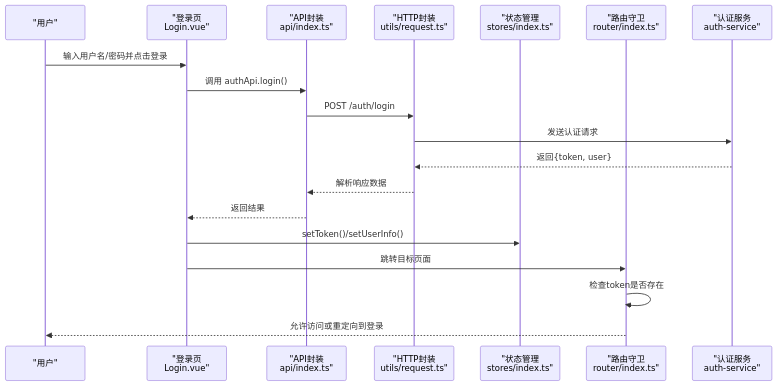
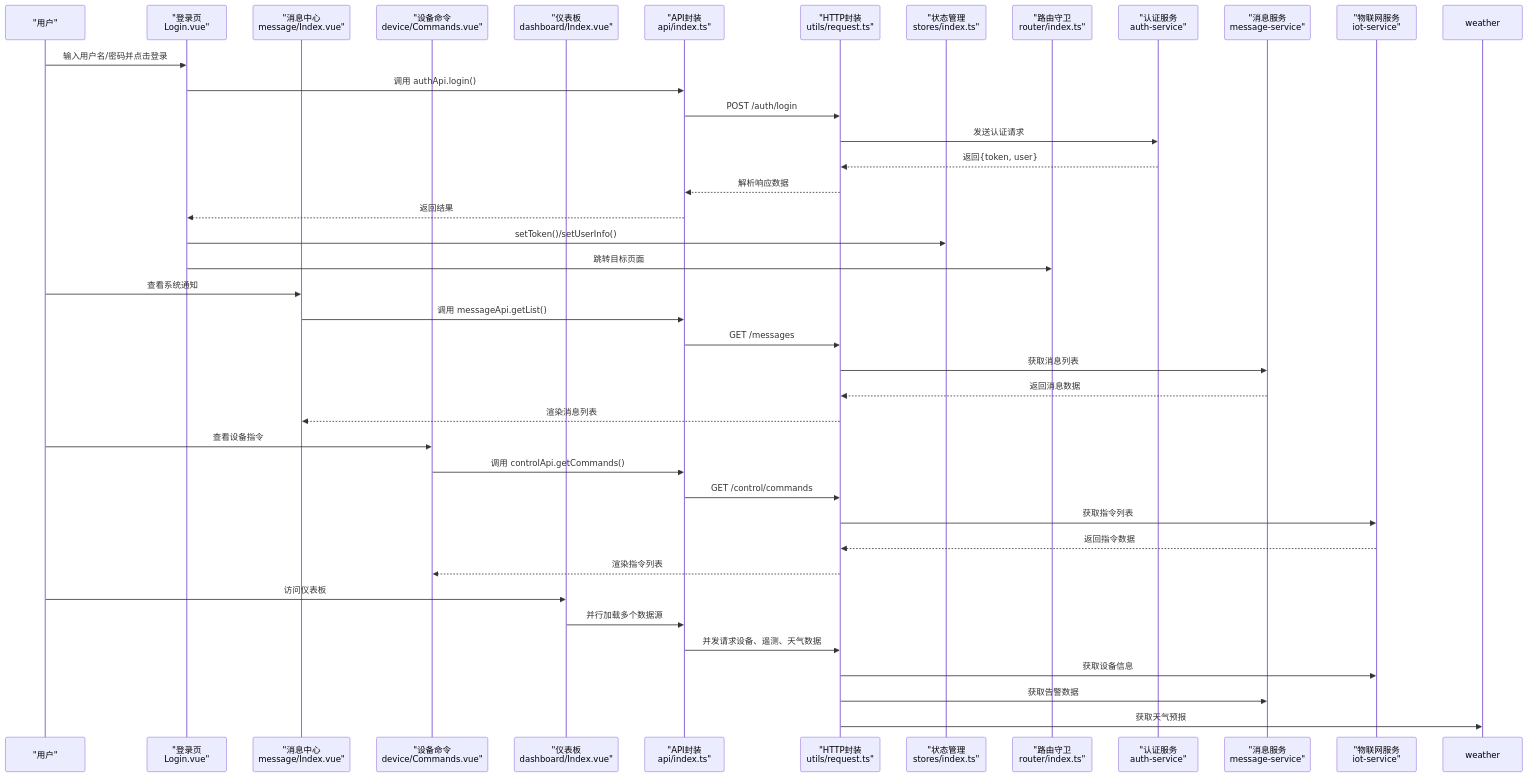
One commit to q446328246/agri-platform changed the second of 12 diagrams in .qoder/repowiki/zh/content/前端应用文档/核心页面/系统管理页面/系统管理页面.md. Above: the diagram before and after it, drawn with Mermaid. The commit also changed other lines of this file and 84 other files, not shown here.

````diff
--- a/.qoder/repowiki/zh/content/前端应用文档/核心页面/系统管理页面/系统管理页面.md
+++ b/.qoder/repowiki/zh/content/前端应用文档/核心页面/系统管理页面/系统管理页面.md
@@ -118,21 +147,42 @@
 ```mermaid
 sequenceDiagram
 participant U as "用户"
 participant L as "登录页<br/>Login.vue"
+participant M as "消息中心<br/>message/Index.vue"
+participant D as "设备命令<br/>device/Commands.vue"
+participant DB as "仪表板<br/>dashboard/Index.vue"
 participant A as "API封装<br/>api/index.ts"
 participant X as "HTTP封装<br/>utils/request.ts"
 participant S as "状态管理<br/>stores/index.ts"
 participant R as "路由守卫<br/>router/index.ts"
 participant AS as "认证服务<br/>auth-service"
+participant MS as "消息服务<br/>message-service"
+participant IS as "物联网服务<br/>iot-service"
 U->>L : 输入用户名/密码并点击登录
 L->>A : 调用 authApi.login()
 A->>X : POST /auth/login
 X->>AS : 发送认证请求
 AS-->>X : 返回{token, user}
 X-->>A : 解析响应数据
 A-->>L : 返回结果
 L->>S : setToken()/setUserInfo()
 L->>R : 跳转目标页面
-R->>R : 检查token是否存在
-R-->>U : 允许访问或重定向到登录
+U->>M : 查看系统通知
+M->>A : 调用 messageApi.getList()
+A->>X : GET /messages
+X->>MS : 获取消息列表
+MS-->>X : 返回消息数据
+X-->>M : 渲染消息列表
+U->>D : 查看设备指令
+D->>A : 调用 controlApi.getCommands()
+A->>X : GET /control/commands
+X->>IS : 获取指令列表
+IS-->>X : 返回指令数据
+X-->>D : 渲染指令列表
+U->>DB : 访问仪表板
+DB->>A : 并行加载多个数据源
+A->>X : 并发请求设备、遥测、天气数据
+X->>IS : 获取设备信息
+X->>MS : 获取告警数据
+X->>weather : 获取天气预报
 ```
````
